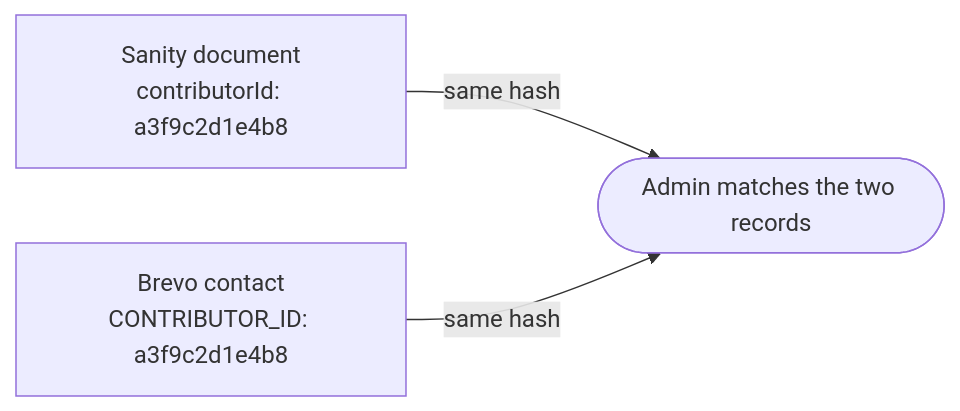
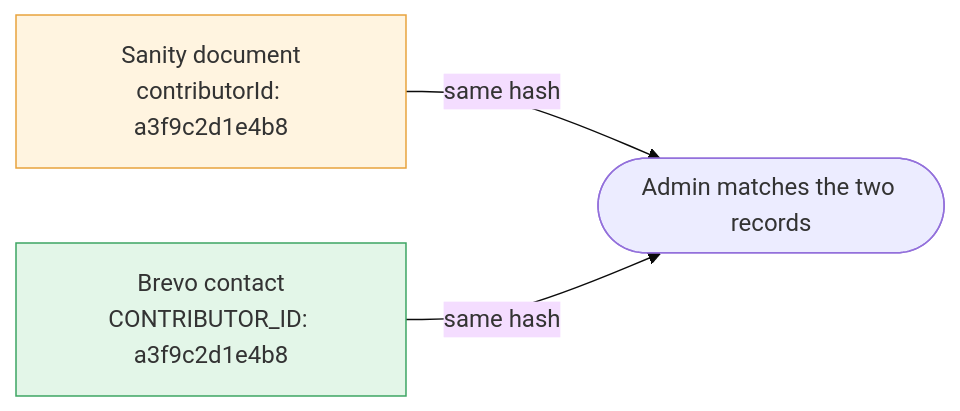
One commit to cribepencheff/print-campaign changed the fourth of 4 diagrams in README.md. Above: the diagram before and after it, drawn with Mermaid. The commit also changed other lines of this file and 1 other file, not shown here.

````diff
--- a/README.md
+++ b/README.md
@@ -106,11 +145,20 @@
 ```mermaid
+%%{init: {'theme':'base'}}%%
 flowchart LR
     A["Sanity document
 contributorId: a3f9c2d1e4b8"]
     B["Brevo contact
 CONTRIBUTOR_ID: a3f9c2d1e4b8"]
     C([Admin matches the two records])
 
     A -->|same hash| C
     B -->|same hash| C
+
+    classDef sanity fill:#FFF4E0,stroke:#E8A33D,stroke-width:1px
+    classDef brevo fill:#E3F6E8,stroke:#3DA563,stroke-width:1px
+    classDef actor fill:#ECECFF,stroke:#9370DB,stroke-width:1px
+
+    class A sanity
+    class B brevo
+    class C actor
 ```
````
